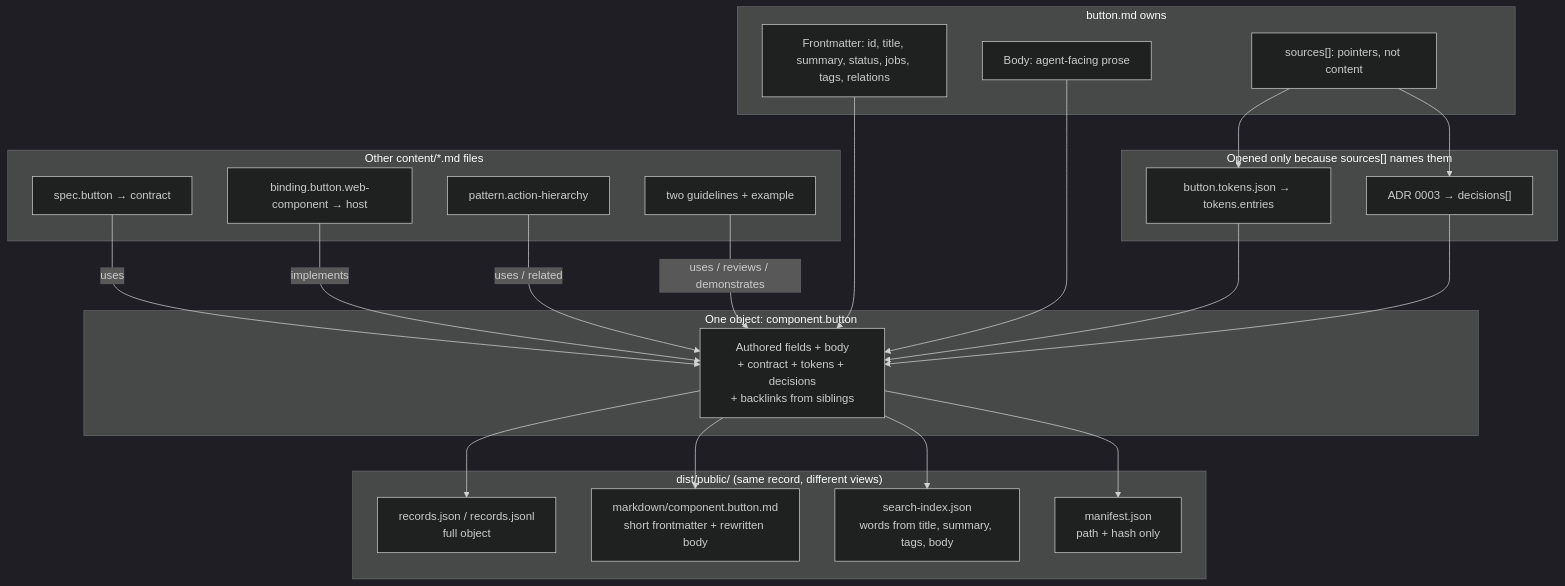
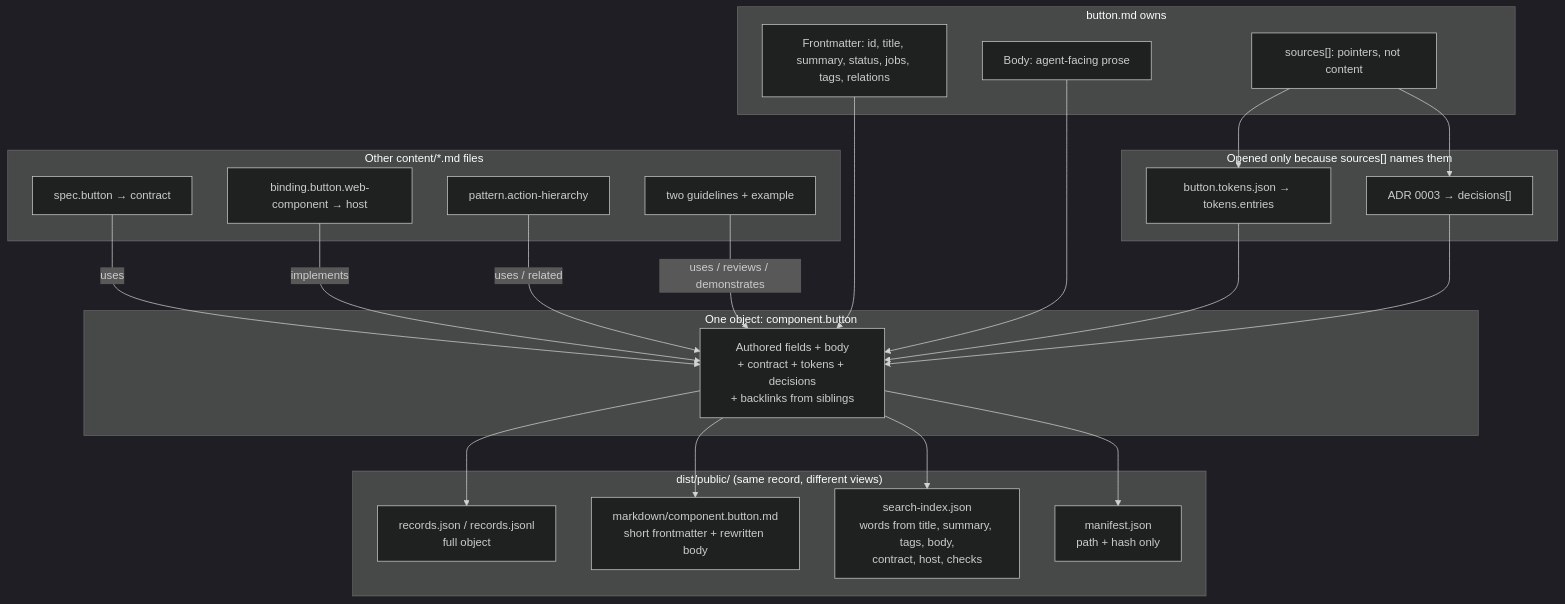
One commit to stevegreco/taproot changed the diagram in docs/knowledge/README.md. Above: the diagram before and after it, drawn with Mermaid (dark theme). The commit also changed other lines of this file and 5 other files, not shown here.

First line of the commit message:
feat(knowledge): index contract, host, and checks in search

````diff
--- a/docs/knowledge/README.md
+++ b/docs/knowledge/README.md
@@ -49,46 +49,46 @@
 ```mermaid
 flowchart TB
   subgraph authored["button.md owns"]
     FM["Frontmatter: id, title, summary, status, jobs, tags, relations"]
     BODY["Body: agent-facing prose"]
     SRC["sources[]: pointers, not content"]
   end
 
   subgraph domain["Opened only because sources[] names them"]
     TOK["button.tokens.json → tokens.entries"]
     ADR["ADR 0003 → decisions[]"]
   end
 
   subgraph siblings["Other content/*.md files"]
     SPEC["spec.button → contract"]
     BIND["binding.button.web-component → host"]
     PAT["pattern.action-hierarchy"]
     GL["two guidelines + example"]
   end
 
   subgraph record["One object: component.button"]
     R["Authored fields + body<br/>+ contract + tokens + decisions<br/>+ backlinks from siblings"]
   end
 
   subgraph dist["dist/public/  (same record, different views)"]
     JSON["records.json / records.jsonl<br/>full object"]
     MD["markdown/component.button.md<br/>short frontmatter + rewritten body"]
-    IDX["search-index.json<br/>words from title, summary, tags, body"]
+    IDX["search-index.json<br/>words from title, summary, tags, body,<br/>contract, host, checks"]
     MAN["manifest.json<br/>path + hash only"]
   end
 
   FM --> R
   BODY --> R
   SRC --> TOK
   SRC --> ADR
   SPEC -->|"uses"| R
   BIND -->|"implements"| R
   TOK --> R
   ADR --> R
   PAT -->|"uses / related"| R
   GL -->|"uses / reviews / demonstrates"| R
   R --> JSON
   R --> MD
   R --> IDX
   R --> MAN
 ```
````
